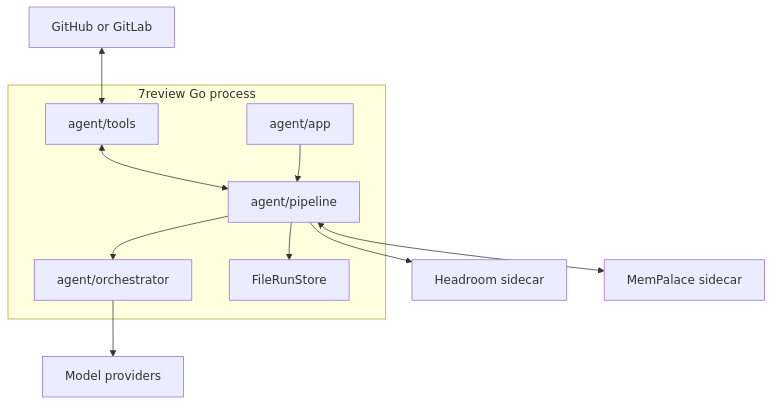
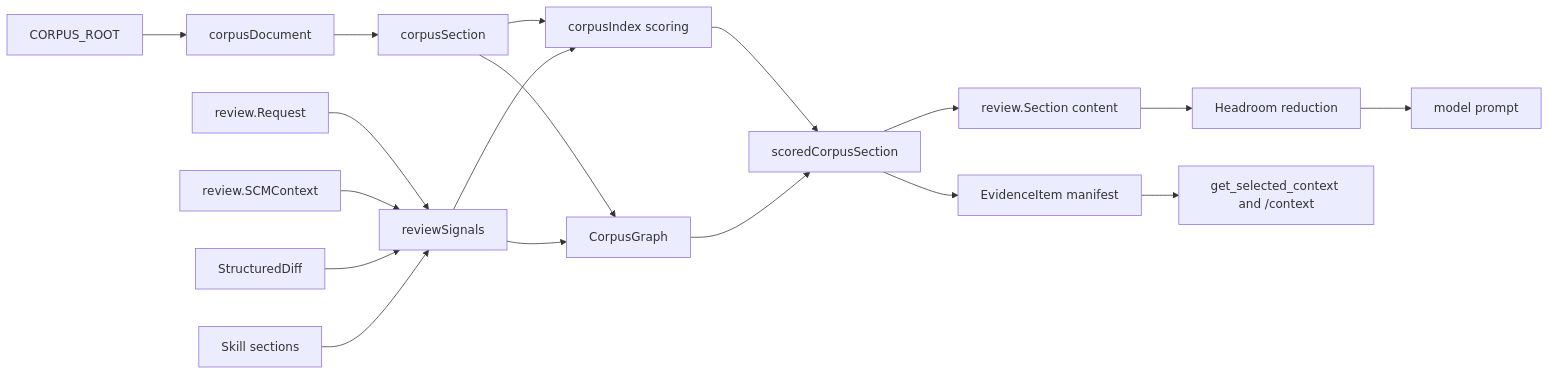
Before and after one commit to Y4NN777/7review: the sixth of 10 diagrams in docs/architecture.md, drawn with Mermaid. The commit also changed other lines of this file, not shown here.

Commit message:
Expand architecture documentation

````diff
--- a/docs/architecture.md
+++ b/docs/architecture.md
@@ -177,19 +357,23 @@
 ```mermaid
-flowchart TB
-    subgraph Agent[7review Go process]
-        App[agent/app]
-        Pipe[agent/pipeline]
-        Orch[agent/orchestrator]
-        Tools[agent/tools]
-        Store[FileRunStore]
-    end
+flowchart LR
+    Request[review.Request] --> Signals[reviewSignals]
+    SCM[review.SCMContext] --> Signals
+    Diff[StructuredDiff] --> Signals
+    Skills[Skill sections] --> Signals
 
-    SCM[GitHub or GitLab] <--> Tools
-    Tools <--> Pipe
-    App --> Pipe
-    Pipe --> Store
-    Pipe --> Orch
-    Pipe --> Headroom[Headroom sidecar]
-    Pipe <--> MemPalace[MemPalace sidecar]
-    Orch --> Providers[Model providers]
+    CorpusRoot[CORPUS_ROOT] --> Docs[corpusDocument]
+    Docs --> Sections[corpusSection]
+    Sections --> Lexical[corpusIndex scoring]
+    Sections --> Graph[CorpusGraph]
+
+    Signals --> Lexical
+    Signals --> Graph
+    Lexical --> Selected[scoredCorpusSection]
+    Graph --> Selected
+    Selected --> Manifest[EvidenceItem manifest]
+    Selected --> SectionsOut[review.Section content]
+
+    SectionsOut --> Headroom[Headroom reduction]
+    Manifest --> Operator[get_selected_context and /context]
+    Headroom --> Prompt[model prompt]
 ```
````
